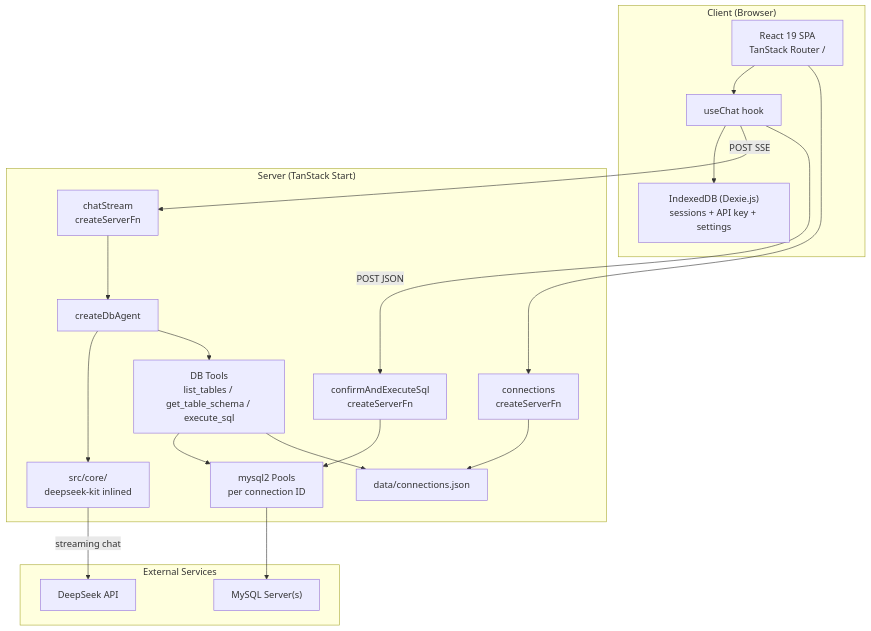
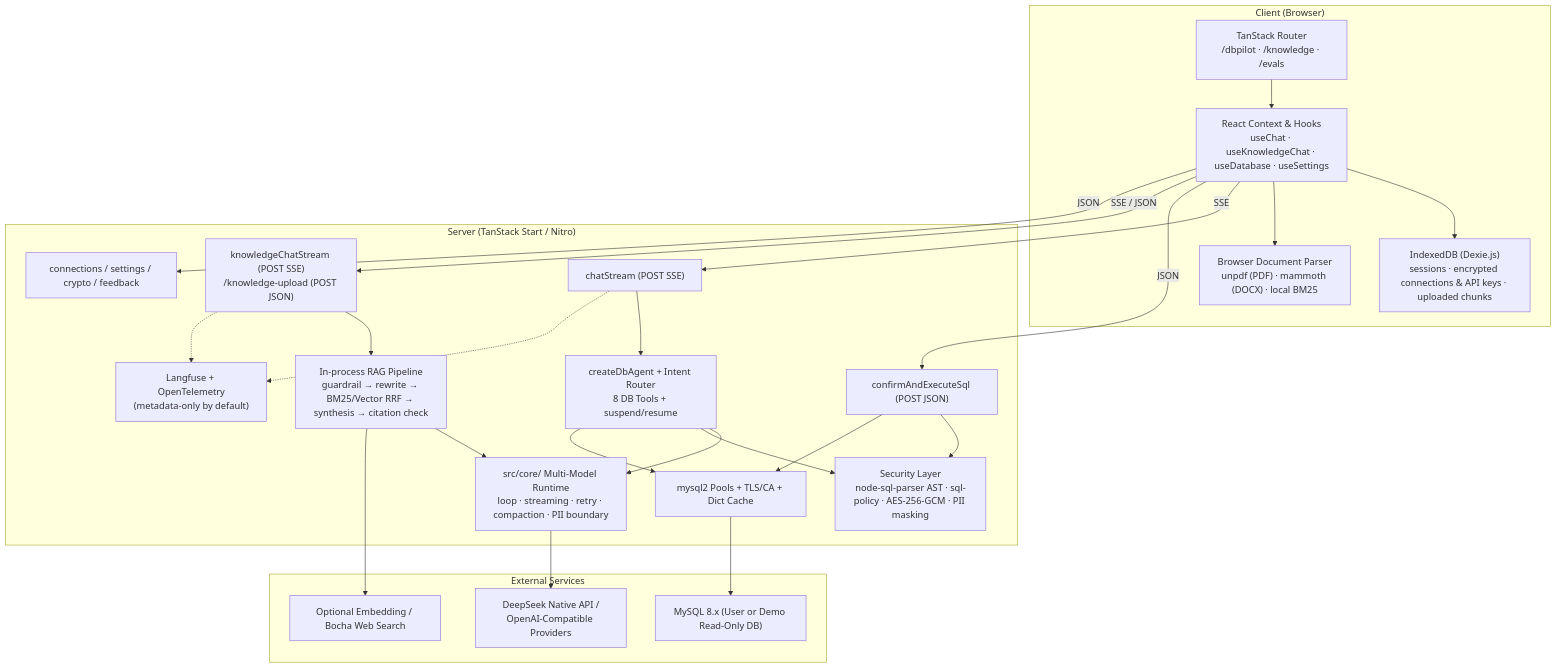
One commit to annoyc/deepseek-db-chat changed the first of 3 diagrams in docs/architecture.md. Above: the diagram before and after it, drawn with Mermaid. The commit also changed other lines of this file and 19 other files, not shown here.

First line of the commit message:
feat(evals,docs): expand benchmarks, add RAG faithfulness judge, and sync docs

````diff
--- a/docs/architecture.md
+++ b/docs/architecture.md
@@ -37,40 +13,50 @@
 ```mermaid
 flowchart TB
     subgraph client ["Client (Browser)"]
-        UI["React 19 SPA<br/>TanStack Router /"]
-        useChat["useChat hook"]
-        indexedDB["IndexedDB (Dexie.js)<br/>sessions + API key + settings"]
-        UI --> useChat
-        useChat --> indexedDB
+        Router["TanStack Router<br/>/dbpilot · /knowledge · /evals"]
+        Hooks["React Context & Hooks<br/>useChat · useKnowledgeChat · useDatabase · useSettings"]
+        DocParser["Browser Document Parser<br/>unpdf (PDF) · mammoth (DOCX) · local BM25"]
+        IDB["IndexedDB (Dexie.js)<br/>sessions · encrypted connections & API keys · uploaded chunks"]
+        Router --> Hooks
+        Hooks --> IDB
+        Hooks --> DocParser
     end
 
-    subgraph server ["Server (TanStack Start)"]
-        chatStream["chatStream<br/>createServerFn"]
-        confirmSql["confirmAndExecuteSql<br/>createServerFn"]
-        connectionsFn["connections<br/>createServerFn"]
-        agentLayer["createDbAgent"]
-        tools["DB Tools<br/>list_tables / get_table_schema / execute_sql"]
-        core["src/core/<br/>deepseek-kit inlined"]
-        dbPools["mysql2 Pools<br/>per connection ID"]
-        connFile["data/connections.json"]
+    subgraph server ["Server (TanStack Start / Nitro)"]
+        ChatFn["chatStream (POST SSE)"]
+        ConfirmFn["confirmAndExecuteSql (POST JSON)"]
+        KbFn["knowledgeChatStream (POST SSE)<br/>/knowledge-upload (POST JSON)"]
+        ConnFn["connections / settings / crypto / feedback"]
+        Agent["createDbAgent + Intent Router<br/>8 DB Tools + suspend/resume"]
+        Rag["In-process RAG Pipeline<br/>guardrail → rewrite → BM25/Vector RRF → synthesis → citation check"]
+        Core["src/core/ Multi-Model Runtime<br/>loop · streaming · retry · compaction · PII boundary"]
+        Safety["Security Layer<br/>node-sql-parser AST · sql-policy · AES-256-GCM · PII masking"]
+        Pools["mysql2 Pools + TLS/CA + Dict Cache"]
+        Otel["Langfuse + OpenTelemetry<br/>(metadata-only by default)"]
     end
 
     subgraph external ["External Services"]
-        deepseek["DeepSeek API"]
-        mysql["MySQL Server(s)"]
+        LLM["DeepSeek Native API /<br/>OpenAI-Compatible Providers"]
+        MySQL["MySQL 8.x (User or Demo Read-Only DB)"]
+        Embed["Optional Embedding / Bocha Web Search"]
     end
 
-    useChat -->|"POST SSE"| chatStream
-    useChat -->|"POST JSON"| confirmSql
-    UI --> connectionsFn
+    Hooks -->|"SSE"| ChatFn
+    Hooks -->|"JSON"| ConfirmFn
+    Hooks -->|"SSE / JSON"| KbFn
+    Hooks -->|"JSON"| ConnFn
 
-    chatStream --> agentLayer
-    agentLayer --> core
-    agentLayer --> tools
-    core -->|"streaming chat"| deepseek
-    tools --> dbPools
-    confirmSql --> dbPools
-    dbPools --> mysql
-    connectionsFn --> connFile
-    tools --> connFile
+    ChatFn --> Agent
+    Agent --> Core
+    Agent --> Safety
+    Agent --> Pools
+    ConfirmFn --> Safety
+    ConfirmFn --> Pools
+    KbFn --> Rag
+    Rag --> Core
+    Rag --> Embed
+    Core --> LLM
+    Pools --> MySQL
+    ChatFn -.-> Otel
+    KbFn -.-> Otel
 ```
````
